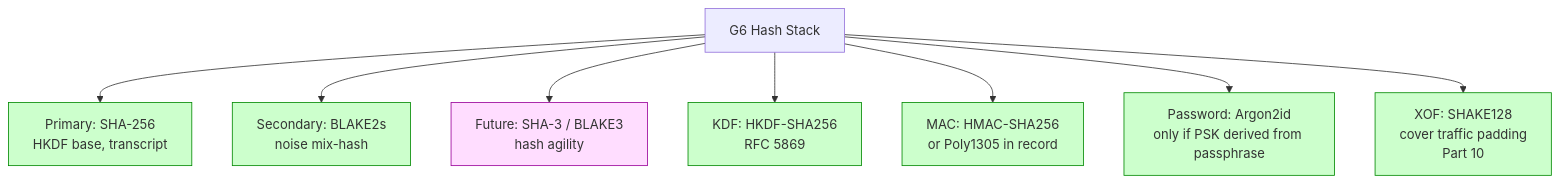
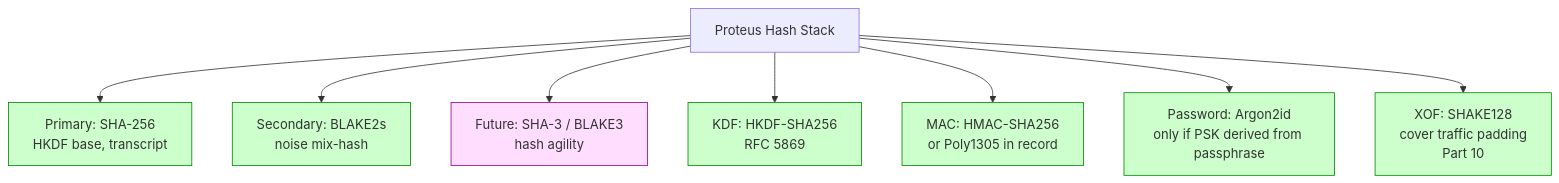
Before and after one commit to Icarus603/network-from-scratch: the fourth of 4 diagrams in lessons/part-3-cryptography/3.3-hash-functions-kdf.md, drawn with Mermaid. The commit also changed other lines of this file and 300 other files, not shown here.

````diff
--- a/lessons/part-3-cryptography/3.3-hash-functions-kdf.md
+++ b/lessons/part-3-cryptography/3.3-hash-functions-kdf.md
@@ -435,15 +435,15 @@
 ```mermaid
 flowchart TD
     classDef chosen fill:#cfc,stroke:#080
     classDef alt fill:#fdf,stroke:#909
 
-    G6_Hash[G6 Hash Stack]
-    G6_Hash --> Pri[Primary: SHA-256<br/>HKDF base, transcript]:::chosen
-    G6_Hash --> Sec[Secondary: BLAKE2s<br/>noise mix-hash]:::chosen
-    G6_Hash --> Future[Future: SHA-3 / BLAKE3<br/>hash agility]:::alt
+    Proteus_Hash[Proteus Hash Stack]
+    Proteus_Hash --> Pri[Primary: SHA-256<br/>HKDF base, transcript]:::chosen
+    Proteus_Hash --> Sec[Secondary: BLAKE2s<br/>noise mix-hash]:::chosen
+    Proteus_Hash --> Future[Future: SHA-3 / BLAKE3<br/>hash agility]:::alt
 
-    G6_Hash --> KDF[KDF: HKDF-SHA256<br/>RFC 5869]:::chosen
-    G6_Hash --> MAC[MAC: HMAC-SHA256<br/>or Poly1305 in record]:::chosen
-    G6_Hash --> Pwd[Password: Argon2id<br/>only if PSK derived from passphrase]:::chosen
-    G6_Hash --> XOF[XOF: SHAKE128<br/>cover traffic padding<br/>Part 10]:::chosen
+    Proteus_Hash --> KDF[KDF: HKDF-SHA256<br/>RFC 5869]:::chosen
+    Proteus_Hash --> MAC[MAC: HMAC-SHA256<br/>or Poly1305 in record]:::chosen
+    Proteus_Hash --> Pwd[Password: Argon2id<br/>only if PSK derived from passphrase]:::chosen
+    Proteus_Hash --> XOF[XOF: SHAKE128<br/>cover traffic padding<br/>Part 10]:::chosen
 ```
````
